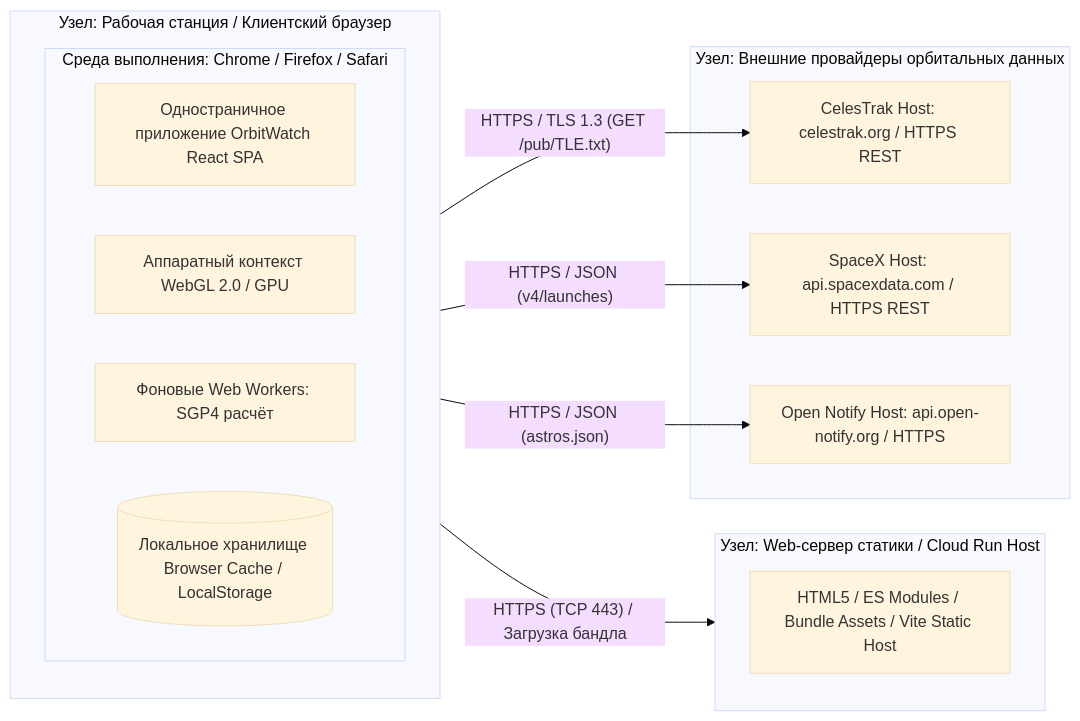
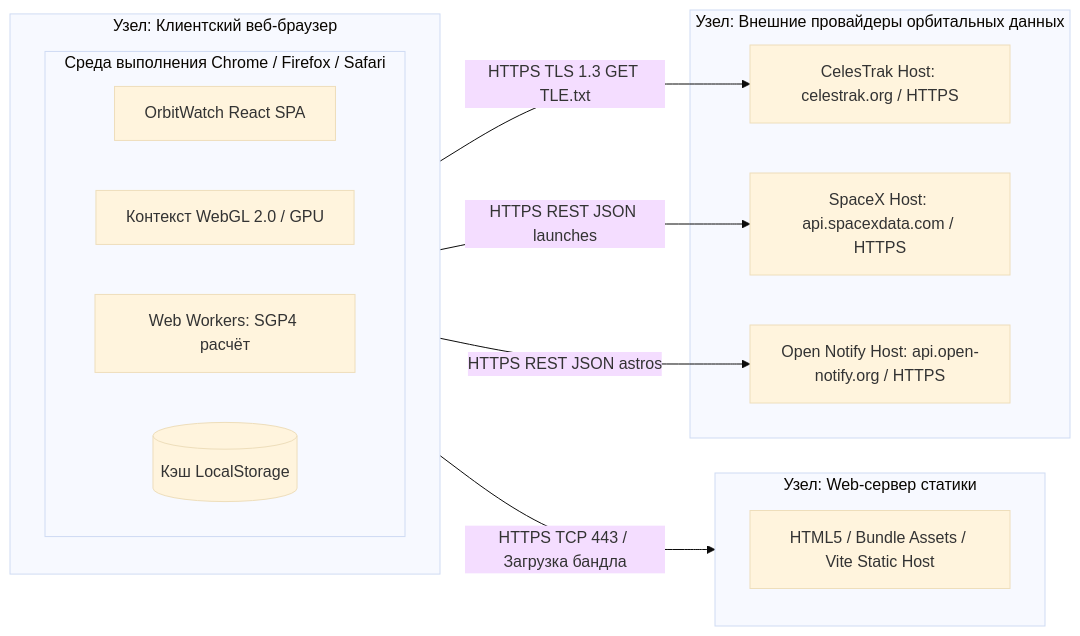
One commit to ajdan8017-pixel/OrbitWatch changed the third of 9 diagrams in diagrams-overview.md. Above: the diagram before and after it, drawn with Mermaid (base theme). The commit also changed other lines of this file, not shown here.

````diff
--- a/diagrams-overview.md
+++ b/diagrams-overview.md
@@ -154,26 +154,26 @@
 ```mermaid
 graph LR
-    subgraph Client_Node [Узел: Рабочая станция / Клиентский браузер]
-        subgraph Browser_Runtime [Среда выполнения: Chrome / Firefox / Safari]
-            SPA[Одностраничное приложение OrbitWatch React SPA]
-            WebGL_Engine[Аппаратный контекст WebGL 2.0 / GPU]
-            WebWorkers[Фоновые Web Workers: SGP4 расчёт]
-            LocalStorage_Node[(Локальное хранилище Browser Cache / LocalStorage)]
+    subgraph Client_Node [Узел: Клиентский веб-браузер]
+        subgraph Browser_Runtime [Среда выполнения Chrome / Firefox / Safari]
+            SPA[OrbitWatch React SPA]
+            WebGL_Engine[Контекст WebGL 2.0 / GPU]
+            WebWorkers[Web Workers: SGP4 расчёт]
+            LocalStorage_Node[(Кэш LocalStorage)]
         end
     end
 
-    subgraph Hosting_Server [Узел: Web-сервер статики / Cloud Run Host]
-        StaticAssets[HTML5 / ES Modules / Bundle Assets / Vite Static Host]
+    subgraph Hosting_Server [Узел: Web-сервер статики]
+        StaticAssets[HTML5 / Bundle Assets / Vite Static Host]
     end
 
     subgraph External_Cloud [Узел: Внешние провайдеры орбитальных данных]
-        CelesTrak_Host[CelesTrak Host: celestrak.org / HTTPS REST]
-        SpaceX_Host[SpaceX Host: api.spacexdata.com / HTTPS REST]
+        CelesTrak_Host[CelesTrak Host: celestrak.org / HTTPS]
+        SpaceX_Host[SpaceX Host: api.spacexdata.com / HTTPS]
         OpenNotify_Host[Open Notify Host: api.open-notify.org / HTTPS]
     end
 
-    Client_Node -- "HTTPS (TCP 443) / Загрузка бандла" --> Hosting_Server
-    Client_Node -- "HTTPS / TLS 1.3 (GET /pub/TLE.txt)" --> CelesTrak_Host
-    Client_Node -- "HTTPS / JSON (v4/launches)" --> SpaceX_Host
-    Client_Node -- "HTTPS / JSON (astros.json)" --> OpenNotify_Host
+    Client_Node -->|HTTPS TCP 443 / Загрузка бандла| Hosting_Server
+    Client_Node -->|HTTPS TLS 1.3 GET TLE.txt| CelesTrak_Host
+    Client_Node -->|HTTPS REST JSON launches| SpaceX_Host
+    Client_Node -->|HTTPS REST JSON astros| OpenNotify_Host
 ```
````
